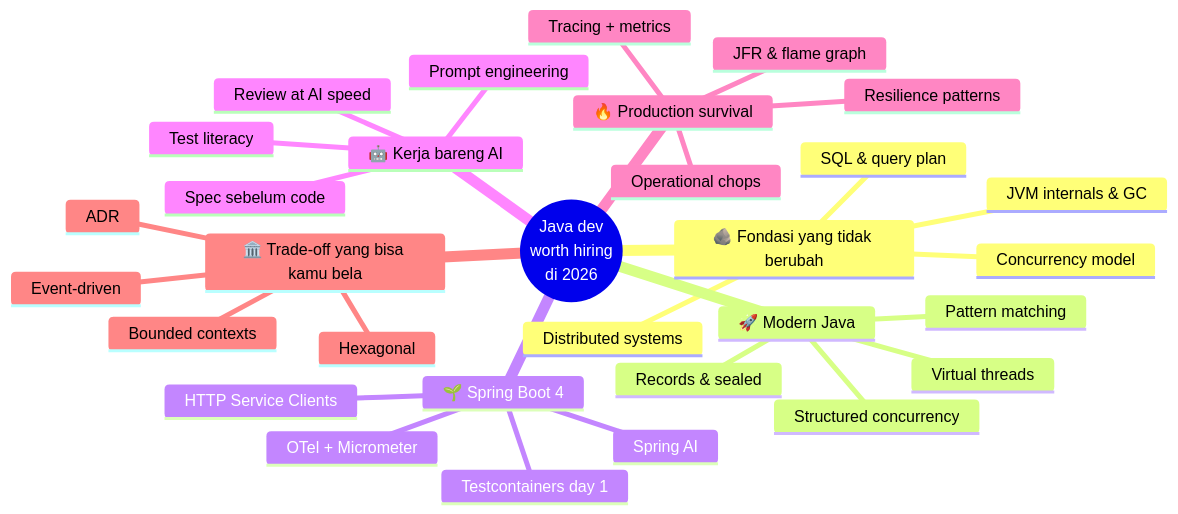
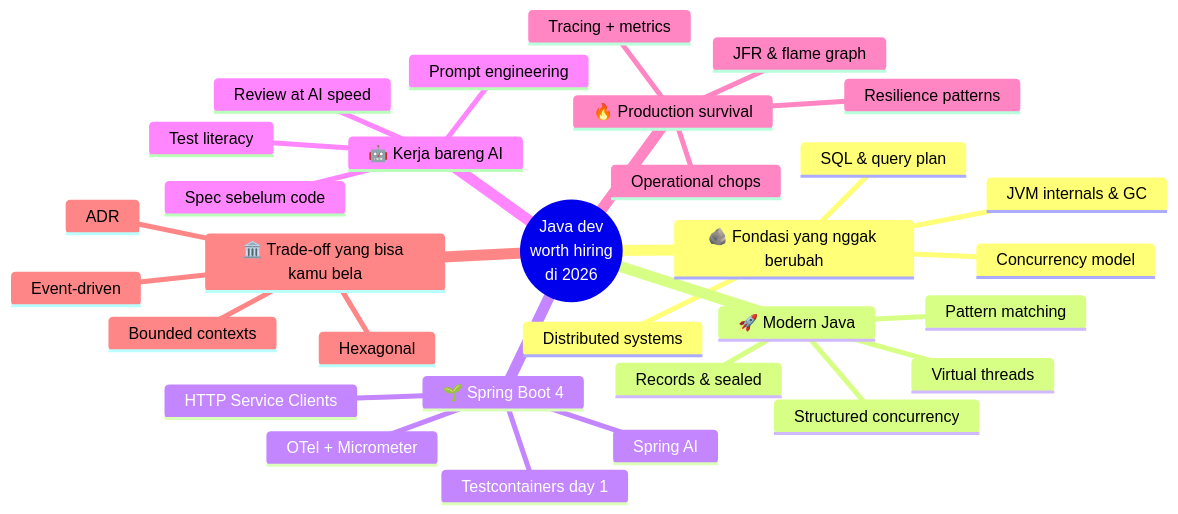
Before and after one commit to hanafifirman11/hanafifirman11.github.io: the second of 5 diagrams in src/content/blog/java-roadmap-ai-era/id.md, drawn with Mermaid. The commit also changed other lines of this file and 1 other file, not shown here.

````diff
--- a/src/content/blog/java-roadmap-ai-era/id.md
+++ b/src/content/blog/java-roadmap-ai-era/id.md
@@ -98,34 +98,34 @@
 ```mermaid
 mindmap
   root((Java dev<br/>worth hiring<br/>di 2026))
-    🪨 Fondasi yang tidak berubah
+    🪨 Fondasi yang nggak berubah
       JVM internals & GC
       Concurrency model
       SQL & query plan
       Distributed systems
     🚀 Modern Java
       Records & sealed
       Pattern matching
       Virtual threads
       Structured concurrency
     🌱 Spring Boot 4
       HTTP Service Clients
       Spring AI
       Testcontainers day 1
       OTel + Micrometer
     🤖 Kerja bareng AI
       Spec sebelum code
       Review at AI speed
       Test literacy
       Prompt engineering
     🔥 Production survival
       Tracing + metrics
       JFR & flame graph
       Resilience patterns
       Operational chops
     🏛️ Trade-off yang bisa kamu bela
       Event-driven
       Hexagonal
       Bounded contexts
       ADR
 ```
````
